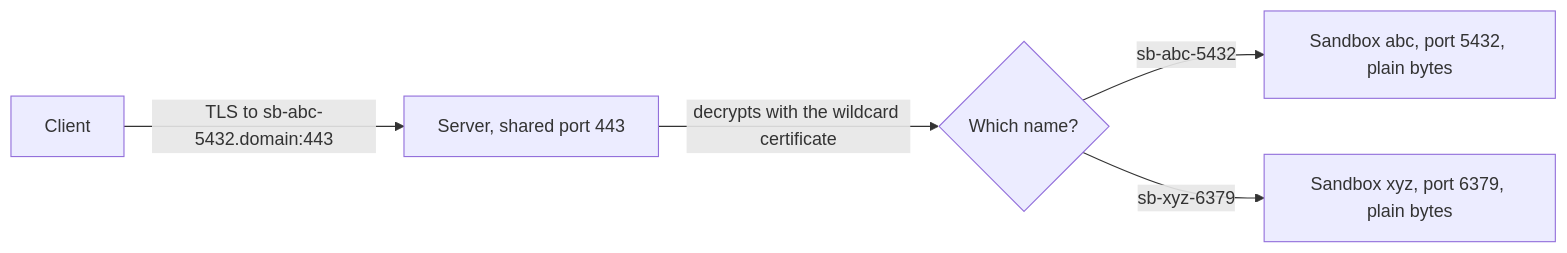
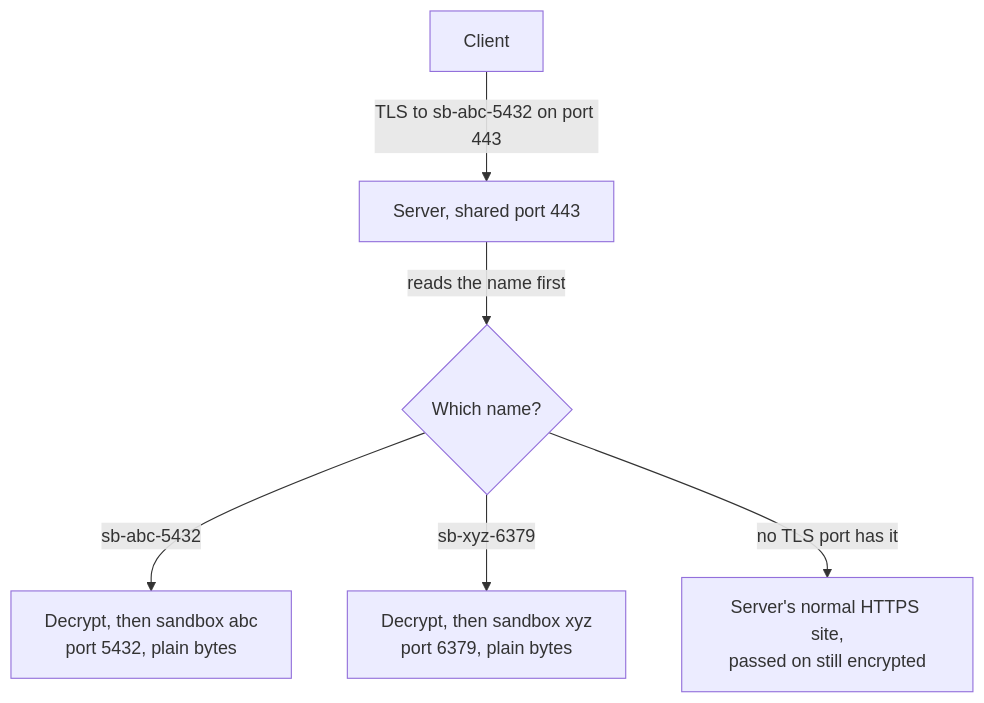
One commit to aerol-ai/microvm changed the fourth of 5 diagrams in docs/src/content/docs/tcp-vs-tls-ports.mdx. Above: the diagram before and after it, drawn with Mermaid. The commit also changed other lines of this file and 28 other files, not shown here.

First line of the commit message:
docs: enhance enterprise documentation and introduce diagram zoom feature

````diff
--- a/docs/src/content/docs/tcp-vs-tls-ports.mdx
+++ b/docs/src/content/docs/tcp-vs-tls-ports.mdx
@@ -41,7 +85,8 @@
 ```mermaid
-flowchart LR
-    C["Client"] -->|"TLS to sb-abc-5432.domain:443"| E["Server, shared port 443"]
-    E -->|"decrypts with the wildcard certificate"| R{"Which name?"}
-    R -->|"sb-abc-5432"| A["Sandbox abc, port 5432, plain bytes"]
-    R -->|"sb-xyz-6379"| B["Sandbox xyz, port 6379, plain bytes"]
+flowchart TB
+    C["Client"] -- "TLS to sb-abc-5432 on port 443" --> E["Server, shared port 443"]
+    E -- "reads the name first" --> R{"Which name?"}
+    R -- "sb-abc-5432" --> A["Decrypt, then sandbox abc<br/>port 5432, plain bytes"]
+    R -- "sb-xyz-6379" --> B["Decrypt, then sandbox xyz<br/>port 6379, plain bytes"]
+    R -- "no TLS port has it" --> H["Server's normal HTTPS site,<br/>passed on still encrypted"]
 ```
````
